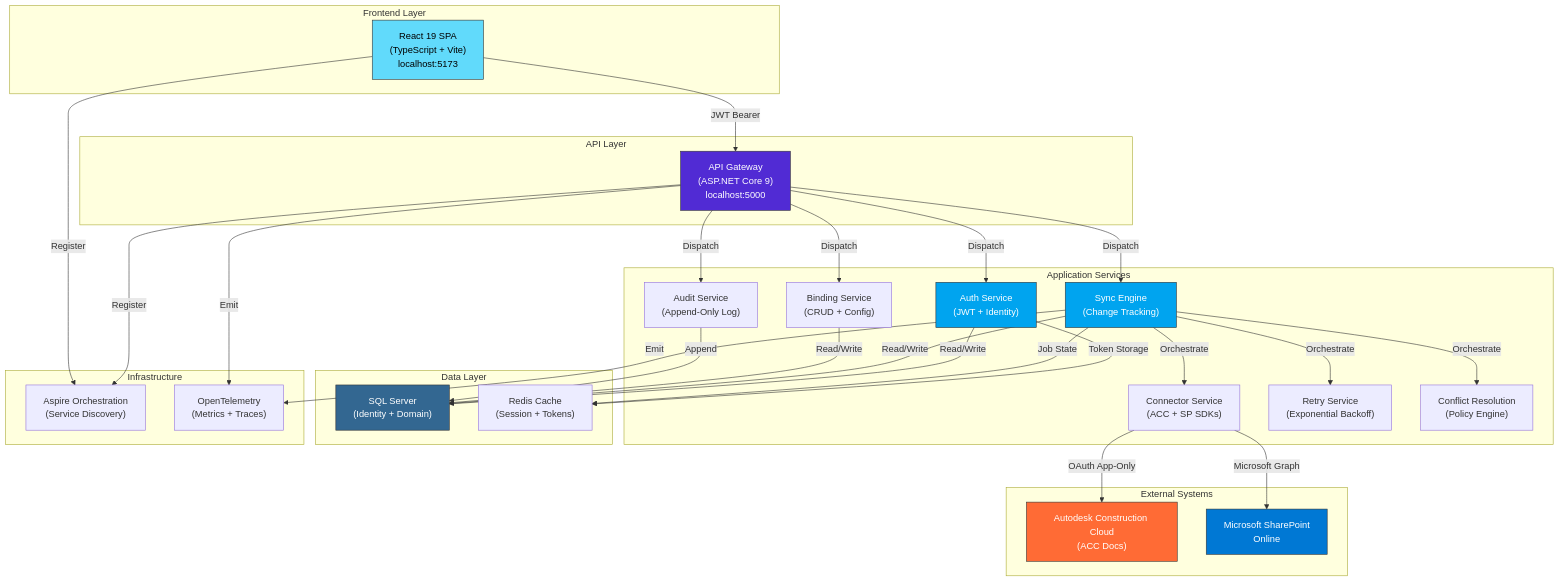
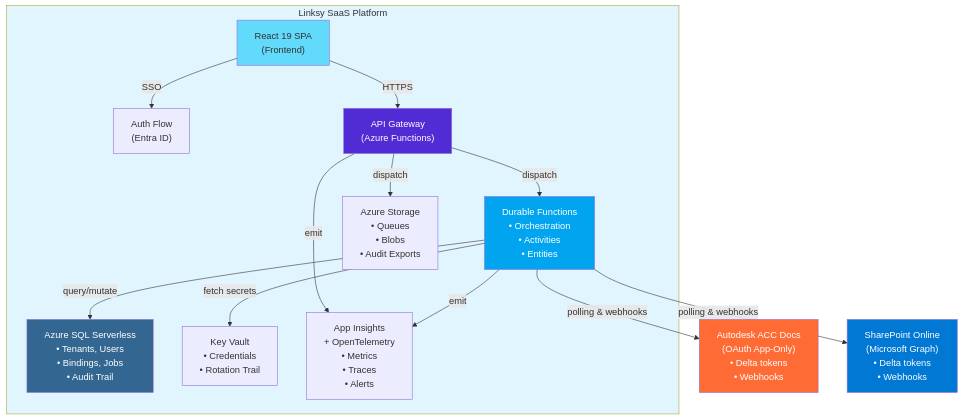
Before and after one commit to Frederik91/Linksy: the first of 13 diagrams in specs/001-aec-file-sync/architecture.md, drawn with Mermaid. The commit also changed other lines of this file, not shown here.

````diff
--- a/specs/001-aec-file-sync/architecture.md
+++ b/specs/001-aec-file-sync/architecture.md
@@ -10,70 +73,35 @@
 ```mermaid
 graph TB
-    subgraph "External Systems"
-        ACC["Autodesk Construction Cloud<br/>(ACC Docs)"]
-        SP["Microsoft SharePoint<br/>Online"]
+    subgraph Linksy["Linksy SaaS Platform"]
+        React["React 19 SPA<br/>(Frontend)"]
+        EntraID["Auth Flow<br/>(Entra ID)"]
+        API["API Gateway<br/>(Azure Functions)"]
+        DF["Durable Functions<br/>• Orchestration<br/>• Activities<br/>• Entities"]
+        Storage["Azure Storage<br/>• Queues<br/>• Blobs<br/>• Audit Exports"]
+        SQL["Azure SQL Serverless<br/>• Tenants, Users<br/>• Bindings, Jobs<br/>• Audit Trail"]
+        KV["Key Vault<br/>• Credentials<br/>• Rotation Trail"]
+        AppInsights["App Insights<br/>+ OpenTelemetry<br/>• Metrics<br/>• Traces<br/>• Alerts"]
     end
-
-    subgraph "Frontend Layer"
-        React["React 19 SPA<br/>(TypeScript + Vite)<br/>localhost:5173"]
-    end
-
-    subgraph "API Layer"
-        Gateway["API Gateway<br/>(ASP.NET Core 9)<br/>localhost:5000"]
-    end
-
-    subgraph "Application Services"
-        AuthSvc["Auth Service<br/>(JWT + Identity)"]
-        SyncSvc["Sync Engine<br/>(Change Tracking)"]
-        BindingSvc["Binding Service<br/>(CRUD + Config)"]
-        AuditSvc["Audit Service<br/>(Append-Only Log)"]
-        ConnectorSvc["Connector Service<br/>(ACC + SP SDKs)"]
-        RetroSvc["Retry Service<br/>(Exponential Backoff)"]
-        ConflictSvc["Conflict Resolution<br/>(Policy Engine)"]
-    end
-
-    subgraph "Data Layer"
-        DB["SQL Server<br/>(Identity + Domain)"]
-        Cache["Redis Cache<br/>(Session + Tokens)"]
-    end
-
-    subgraph "Infrastructure"
-        Aspire["Aspire Orchestration<br/>(Service Discovery)"]
-        OTEL["OpenTelemetry<br/>(Metrics + Traces)"]
-    end
-
-    React -->|JWT Bearer| Gateway
-    Gateway -->|Dispatch| AuthSvc
-    Gateway -->|Dispatch| SyncSvc
-    Gateway -->|Dispatch| BindingSvc
-    Gateway -->|Dispatch| AuditSvc
-
-    SyncSvc -->|Orchestrate| ConnectorSvc
-    SyncSvc -->|Orchestrate| ConflictSvc
-    SyncSvc -->|Orchestrate| RetroSvc
-
-    ConnectorSvc -->|OAuth App-Only| ACC
-    ConnectorSvc -->|Microsoft Graph| SP
-
-    AuthSvc -->|Read/Write| DB
-    SyncSvc -->|Read/Write| DB
-    BindingSvc -->|Read/Write| DB
-    AuditSvc -->|Append| DB
-
-    AuthSvc -->|Token Storage| Cache
-    SyncSvc -->|Job State| Cache
-
-    Gateway -->|Register| Aspire
-    React -->|Register| Aspire
-
-    Gateway -->|Emit| OTEL
-    SyncSvc -->|Emit| OTEL
-
-    style React fill:#61dafb,stroke:#333,color:#000
-    style Gateway fill:#512bd4,stroke:#333,color:#fff
-    style AuthSvc fill:#00a4ef,stroke:#333,color:#fff
-    style SyncSvc fill:#00a4ef,stroke:#333,color:#fff
-    style DB fill:#336791,stroke:#333,color:#fff
-    style ACC fill:#ff6b35,stroke:#333,color:#fff
-    style SP fill:#0078d4,stroke:#333,color:#fff
+    
+    ACC["Autodesk ACC Docs<br/>(OAuth App-Only)<br/>• Delta tokens<br/>• Webhooks"]
+    SP["SharePoint Online<br/>(Microsoft Graph)<br/>• Delta tokens<br/>• Webhooks"]
+    
+    React -->|HTTPS| API
+    React -->|SSO| EntraID
+    API -->|dispatch| DF
+    API -->|dispatch| Storage
+    DF -->|query/mutate| SQL
+    DF -->|fetch secrets| KV
+    API -->|emit| AppInsights
+    DF -->|emit| AppInsights
+    DF -->|polling & webhooks| ACC
+    DF -->|polling & webhooks| SP
+    
+    style Linksy fill:#e1f5ff
+    style React fill:#61dafb
+    style API fill:#512bd4,color:#fff
+    style DF fill:#00a4ef,color:#fff
+    style SQL fill:#336791,color:#fff
+    style ACC fill:#ff6b35,color:#fff
+    style SP fill:#0078d4,color:#fff
 ```
````
